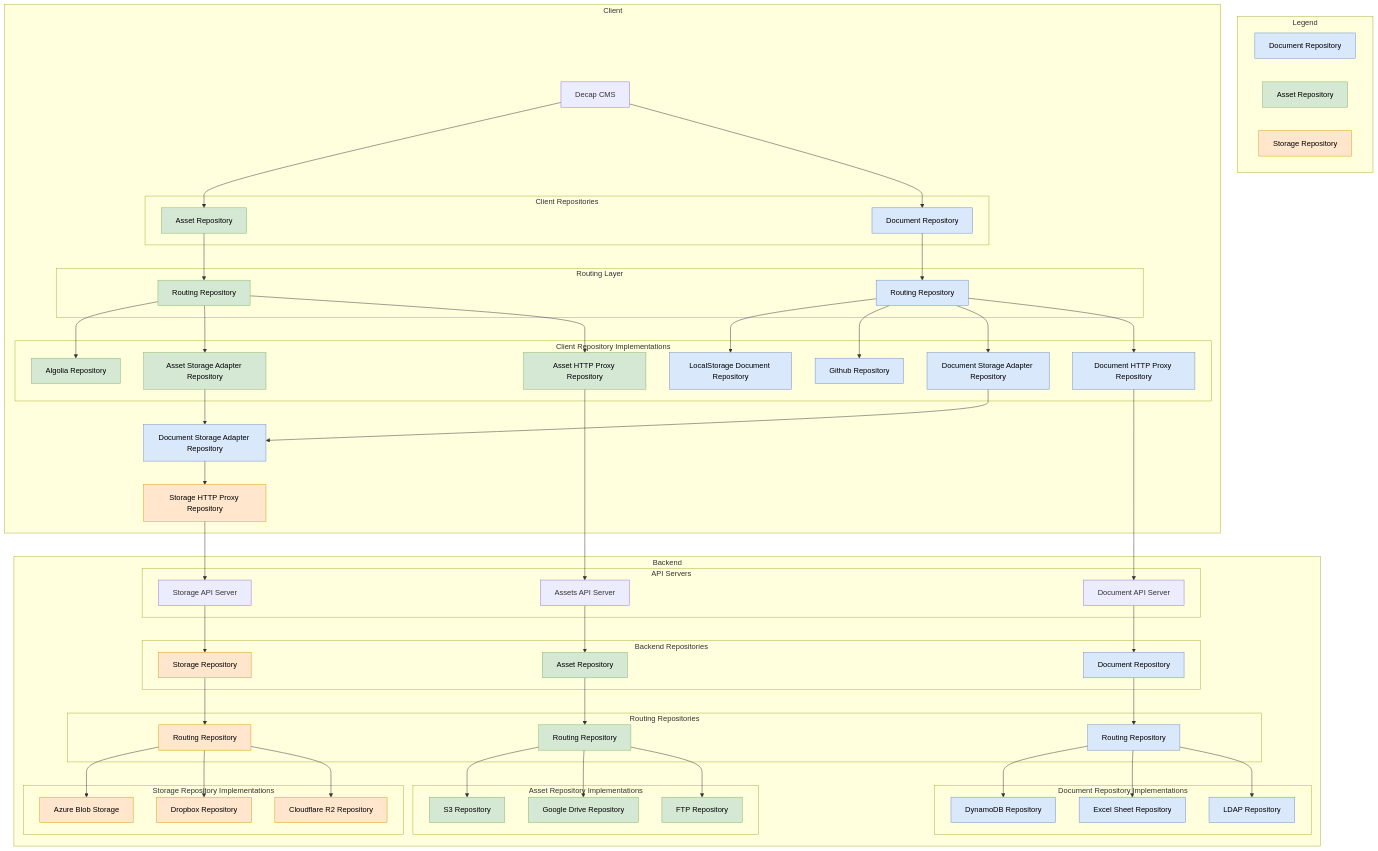
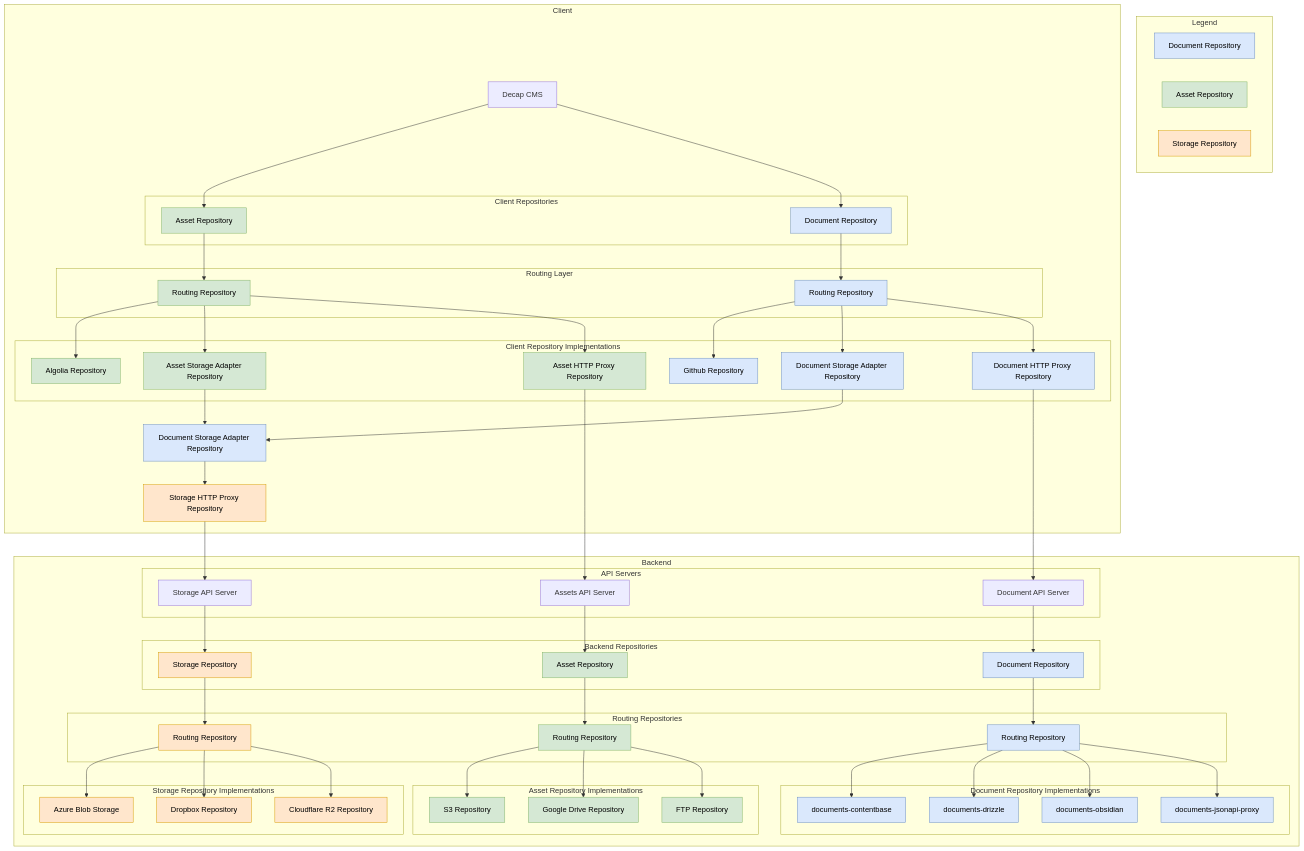
One commit to laikacms/laikacms changed the first of 3 diagrams in docs/repositories.md. Above: the diagram before and after it, drawn with Mermaid. The commit also changed other lines of this file and 3 other files, not shown here.

Commit message:
docs: fix stale repository refs, ResultStreams, Standard Schema, serializer import, listObjects (LCMS-222, LCMS-223, LCMS-224, LCMS-226, LCMS-229)

```diff
--- a/docs/repositories.md
+++ b/docs/repositories.md
@@ -36,7 +36,6 @@
         end
         
         subgraph ClientImplementations["Client Repository Implementations"]
-            LocalStorageDocRepo[LocalStorage Document Repository]:::document
             GithubRepo[Github Repository]:::document
             DocStorageAdapter[Document Storage Adapter Repository]:::document
             DocHTTPProxy[Document HTTP Proxy Repository]:::document
@@ -70,9 +69,10 @@
         end
         
         subgraph DocumentImplementations["Document Repository Implementations"]
-            DynamoDBRepo[DynamoDB Repository]:::document
-            ExcelRepo[Excel Sheet Repository]:::document
-            LDAPRepo[LDAP Repository]:::document
+            ContentbaseRepo[documents-contentbase]:::document
+            DrizzleRepo[documents-drizzle]:::document
+            ObsidianRepo[documents-obsidian]:::document
+            JsonapiProxyRepo[documents-jsonapi-proxy]:::document
         end
         
         subgraph AssetImplementations["Asset Repository Implementations"]
@@ -95,7 +95,6 @@
     AssetRepo --> AssetRoutingRepo
     DocRepo --> DocRoutingRepo
     
-    DocRoutingRepo --> LocalStorageDocRepo
     DocRoutingRepo --> GithubRepo
     DocRoutingRepo --> DocStorageAdapter
     DocRoutingRepo --> DocHTTPProxy
@@ -122,9 +121,10 @@
     BackendAssetRepo --> AssetRoutingBackend
     BackendStorageRepo --> StorageRoutingBackend
     
-    DocRoutingBackend --> DynamoDBRepo
-    DocRoutingBackend --> ExcelRepo
-    DocRoutingBackend --> LDAPRepo
+    DocRoutingBackend --> ContentbaseRepo
+    DocRoutingBackend --> DrizzleRepo
+    DocRoutingBackend --> ObsidianRepo
+    DocRoutingBackend --> JsonapiProxyRepo
     
     AssetRoutingBackend --> S3Repo
     AssetRoutingBackend --> GoogleDriveRepo
```
